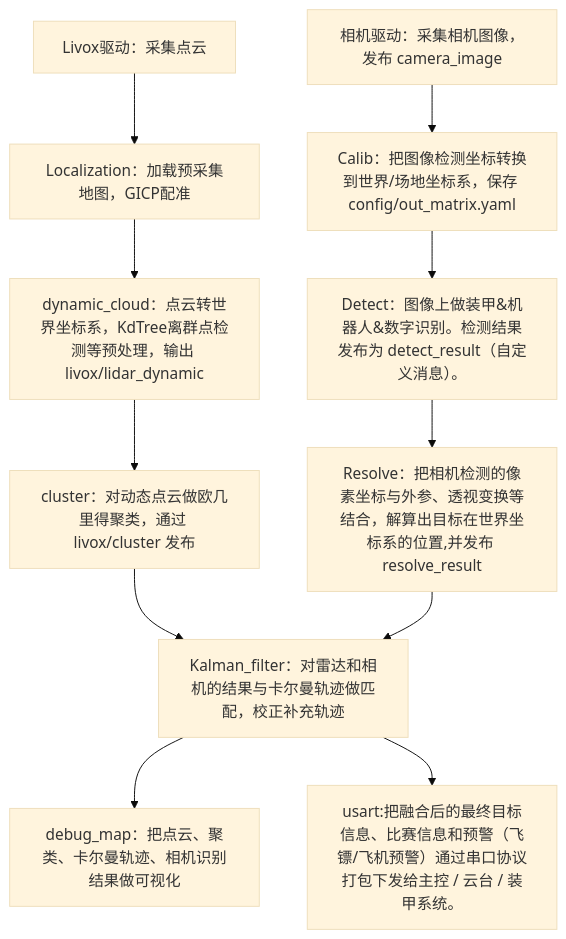
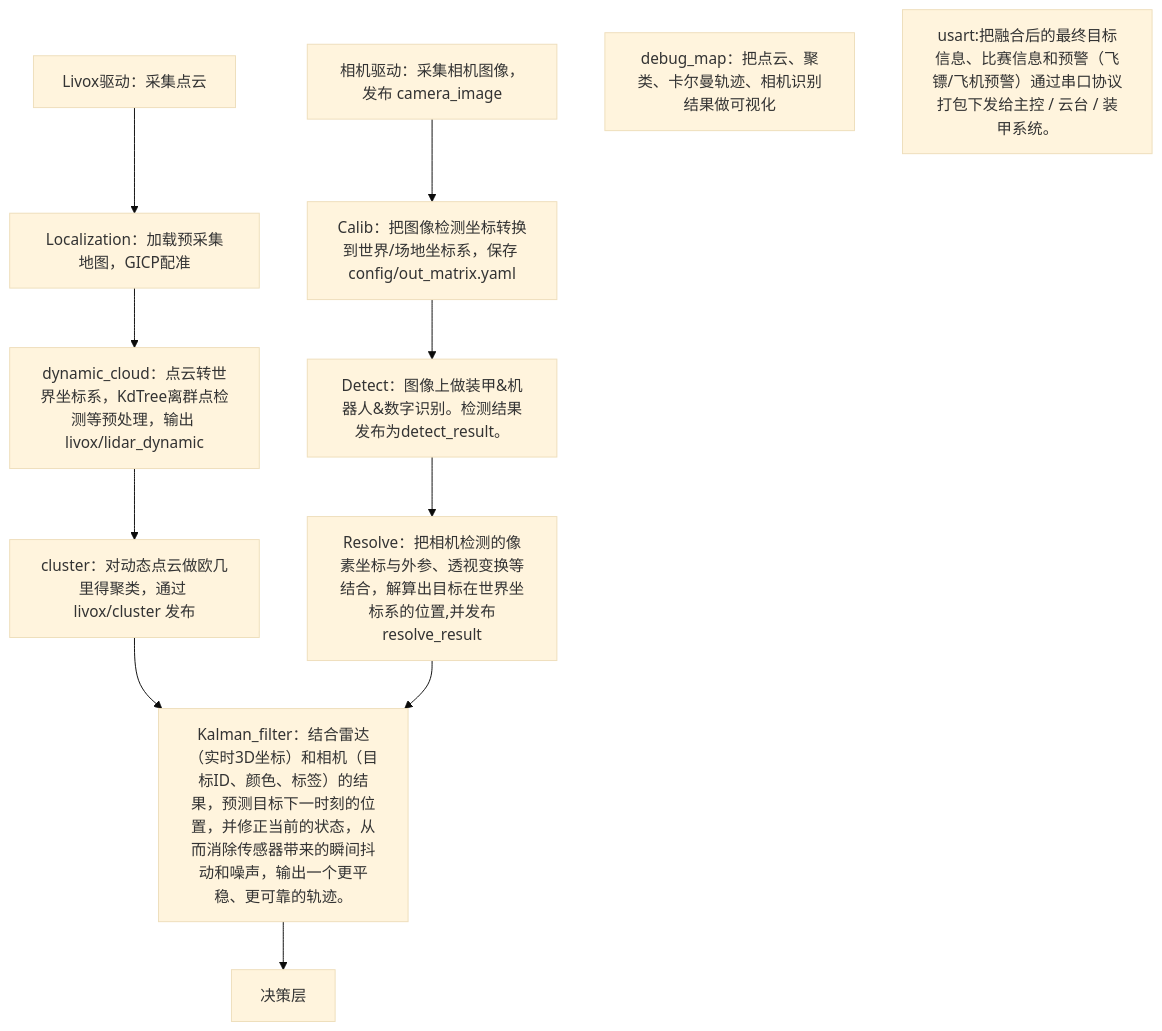
One commit to Aurovora/SRM_code changed the first of 4 diagrams in 雷达/TDTcode.md. Above: the diagram before and after it, drawn with Mermaid (base theme). The commit also changed other lines of this file, not shown here.

````diff
--- a/雷达/TDTcode.md
+++ b/雷达/TDTcode.md
@@ -6,13 +7,14 @@
 ```mermaid
 graph TD
     A["Livox驱动：采集点云"] --> B["Localization：加载预采集地图，GICP配准"]
     B --> C["dynamic_cloud：点云转世界坐标系，KdTree离群点检测等预处理，输出 livox/lidar_dynamic"]
     C --> D["cluster：对动态点云做欧几里得聚类，通过 livox/cluster 发布"]
     D --> I
     E["相机驱动：采集相机图像，发布 camera_image"]--> F["Calib：把图像检测坐标转换到世界/场地坐标系，保存 config/out_matrix.yaml"]
-    F --> G["Detect：图像上做装甲&机器人&数字识别。检测结果发布为 detect_result（自定义消息）。"]
-    G --> H["Resolve：把相机检测的像素坐标与外参、透视变换等结合，解算出目标在世界坐标系的位置,并发布 resolve_result"]
-    H --> I["Kalman_filter：对雷达和相机的结果与卡尔曼轨迹做匹配，校正补充轨迹"]
-    I --> J["debug_map：把点云、聚类、卡尔曼轨迹、相机识别结果做可视化"]
-    I --> K["usart:把融合后的最终目标信息、比赛信息和预警（飞镖/飞机预警）通过串口协议打包下发给主控 / 云台 / 装甲系统。"]
+    F --> G["Detect：图像上做装甲&机器人&数字识别。检测结果发布为detect_result。"]
+    G --> H["Resolve：把相机检测的像素坐标与外参、透视变换等结合，解算出目标在世界坐标系的位置,并发布resolve_result"]
+    H --> I["Kalman_filter：结合雷达（实时3D坐标）和相机（目标ID、颜色、标签）的结果，预测目标下一时刻的位置，并修正当前的状态，从而消除传感器带来的瞬间抖动和噪声，输出一个更平稳、更可靠的轨迹。"]
+    I --> L[决策层]
+    J["debug_map：把点云、聚类、卡尔曼轨迹、相机识别结果做可视化"]
+    K["usart:把融合后的最终目标信息、比赛信息和预警（飞镖/飞机预警）通过串口协议打包下发给主控 / 云台 / 装甲系统。"]
 ```
````
